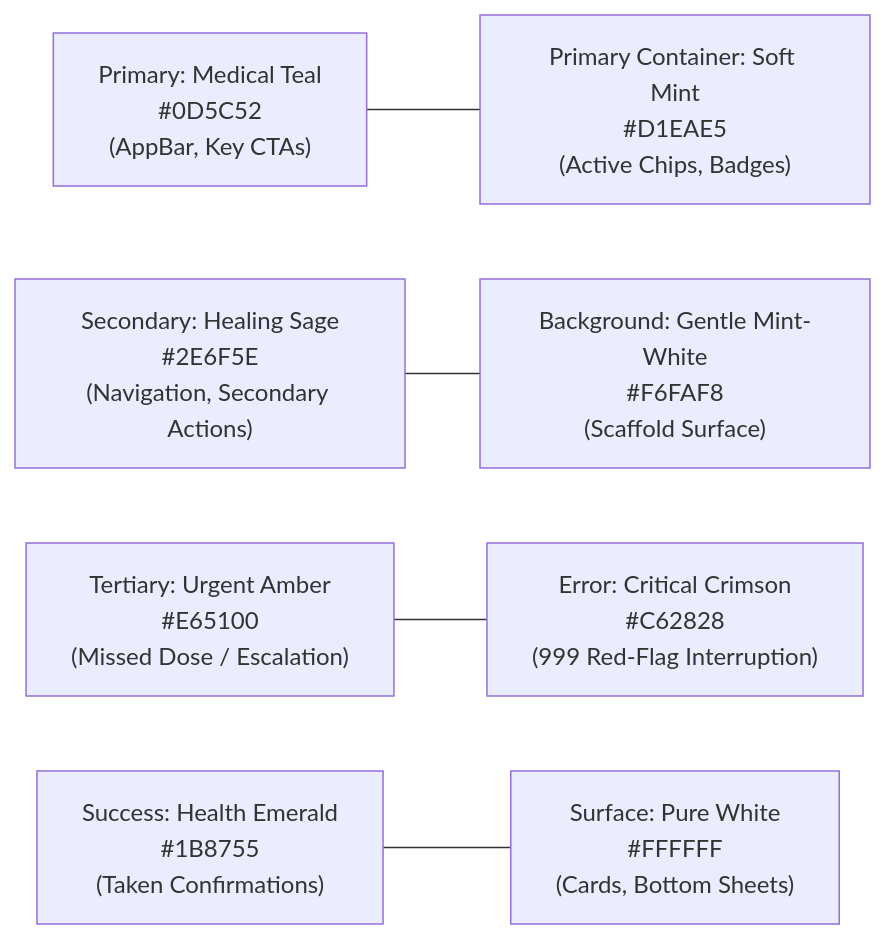
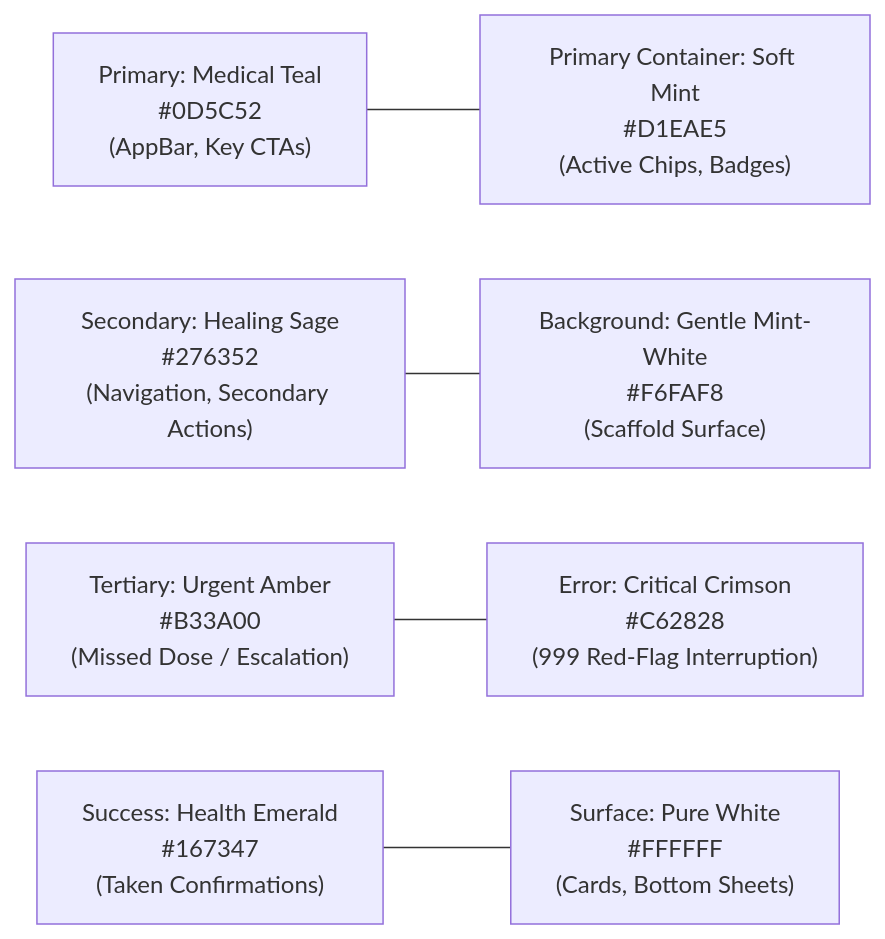
The diagram in design.md (RidwanRK/Uposhom), drawn with Mermaid before and after one commit. The commit also changed other lines of this file and 2 other files, not shown here.

````diff
--- a/design.md
+++ b/design.md
@@ -24,7 +24,7 @@
 ```mermaid
 flowchart LR
     Primary["Primary: Medical Teal\n#0D5C52\n(AppBar, Key CTAs)"] --- PrimaryCont["Primary Container: Soft Mint\n#D1EAE5\n(Active Chips, Badges)"]
-    Secondary["Secondary: Healing Sage\n#2E6F5E\n(Navigation, Secondary Actions)"] --- Background["Background: Gentle Mint-White\n#F6FAF8\n(Scaffold Surface)"]
-    Alert["Tertiary: Urgent Amber\n#E65100\n(Missed Dose / Escalation)"] --- Emergency["Error: Critical Crimson\n#C62828\n(999 Red-Flag Interruption)"]
-    Success["Success: Health Emerald\n#1B8755\n(Taken Confirmations)"] --- Surface["Surface: Pure White\n#FFFFFF\n(Cards, Bottom Sheets)"]
+    Secondary["Secondary: Healing Sage\n#276352\n(Navigation, Secondary Actions)"] --- Background["Background: Gentle Mint-White\n#F6FAF8\n(Scaffold Surface)"]
+    Alert["Tertiary: Urgent Amber\n#B33A00\n(Missed Dose / Escalation)"] --- Emergency["Error: Critical Crimson\n#C62828\n(999 Red-Flag Interruption)"]
+    Success["Success: Health Emerald\n#167347\n(Taken Confirmations)"] --- Surface["Surface: Pure White\n#FFFFFF\n(Cards, Bottom Sheets)"]
 ```
````
